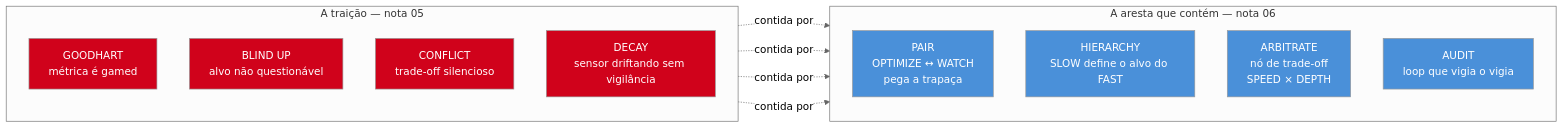
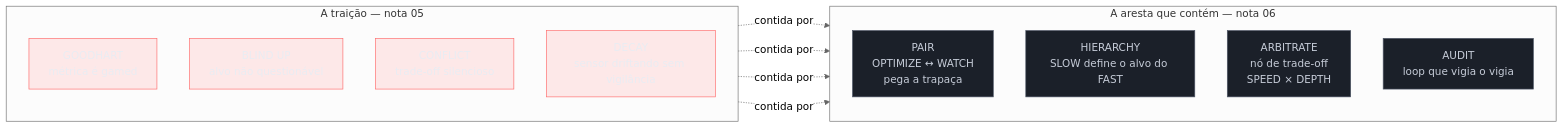
One commit to josenaldo/codex-technomanticus changed the first of 2 diagrams in 03-Dominios/Tecnologia/IA/Evolução da Engenharia de IA/06 - Graph engineering — a confiabilidade mora nas arestas.md. Above: the diagram before and after it, drawn with Mermaid (neutral theme). The commit also changed other lines of this file and 1181 other files, not shown here.

First line of the commit message:
fix(diagramas): paleta do sistema no lugar de cor cravada no markdown

````diff
--- a/03-Dominios/Tecnologia/IA/Evolução da Engenharia de IA/06 - Graph engineering — a confiabilidade mora nas arestas.md
+++ b/03-Dominios/Tecnologia/IA/Evolução da Engenharia de IA/06 - Graph engineering — a confiabilidade mora nas arestas.md
@@ -92,32 +92,34 @@
 ```mermaid
 flowchart LR
+    classDef falha fill:#FF6B6B24,stroke:#FF6B6B,color:#E9ECF2
+    classDef neutro fill:#1B2029,stroke:#4E5666,color:#C6CCD8
     subgraph T["A traição — nota 05"]
         direction TB
         G["GOODHART<br/>métrica é gamed"]
         B["BLIND UP<br/>alvo não questionável"]
         C["CONFLICT<br/>trade-off silencioso"]
         D["DECAY<br/>sensor driftando sem vigilância"]
     end
 
     subgraph E["A aresta que contém — nota 06"]
         direction TB
         PAIR["PAIR<br/>OPTIMIZE ↔ WATCH<br/>pega a trapaça"]
         HIER["HIERARCHY<br/>SLOW define o alvo do FAST"]
         ARB["ARBITRATE<br/>nó de trade-off<br/>SPEED × DEPTH"]
         AUD["AUDIT<br/>loop que vigia o vigia"]
     end
 
     G -.->|contida por| PAIR
     B -.->|contida por| HIER
     C -.->|contida por| ARB
     D -.->|contida por| AUD
 
-    style G fill:#D0021B,color:#fff
-    style B fill:#D0021B,color:#fff
-    style C fill:#D0021B,color:#fff
-    style D fill:#D0021B,color:#fff
-    style PAIR fill:#4A90D9,color:#fff
-    style HIER fill:#4A90D9,color:#fff
-    style ARB fill:#4A90D9,color:#fff
-    style AUD fill:#4A90D9,color:#fff
+    class G falha
+    class B falha
+    class C falha
+    class D falha
+    class PAIR neutro
+    class HIER neutro
+    class ARB neutro
+    class AUD neutro
 ```
````
